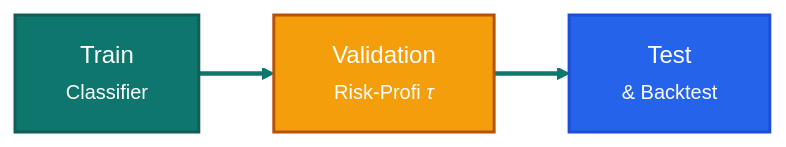
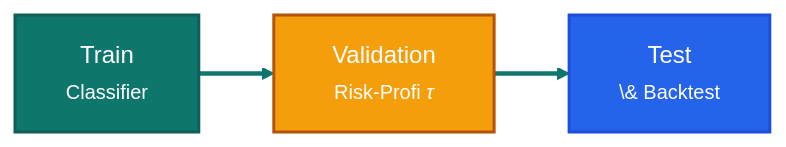
One commit to Pablo-Molla-Charlez/SecondaryModel changed the third of 3 diagrams in README.md. Above: the diagram before and after it, drawn with Mermaid.

````diff
--- a/README.md
+++ b/README.md
@@ -81,11 +81,11 @@
 ```mermaid
 %%{init: {'theme': 'base', 'themeVariables': { 'primaryColor': '#0f766e', 'primaryBorderColor': '#115e59', 'primaryTextColor': '#ffffff', 'secondaryColor': '#f59e0b', 'tertiaryColor': '#dbeafe', 'lineColor': '#0f172a', 'background': '#ffffff'}}}%%
 flowchart LR
     A["&nbsp;&nbsp;&nbsp;Train&nbsp;&nbsp;&nbsp;<br/><small>Classifier</small>"]:::train --> V["&nbsp;&nbsp;Validation&nbsp;&nbsp;<br/><small>Risk-Profi <i>τ</i></small>"]:::val
-    V --> D["&nbsp;&nbsp;&nbsp;&nbsp;&nbsp;Test&nbsp;&nbsp;&nbsp;&nbsp;&nbsp;<br/><small>& Backtest</small>"]:::test
+    V --> D["&nbsp;&nbsp;&nbsp;&nbsp;&nbsp;Test&nbsp;&nbsp;&nbsp;&nbsp;&nbsp;<br/><small>\& Backtest</small>"]:::test
     
     classDef train fill:#0f766e,stroke:#115e59,color:#ffffff,stroke-width:2px;
     classDef val   fill:#f59e0b,stroke:#b45309,color:#ffffff,stroke-width:2px;
     classDef test  fill:#2563eb,stroke:#1d4ed8,color:#ffffff,stroke-width:2px;
     linkStyle default stroke:#0f766e,stroke-width:3px;
 ```
````
